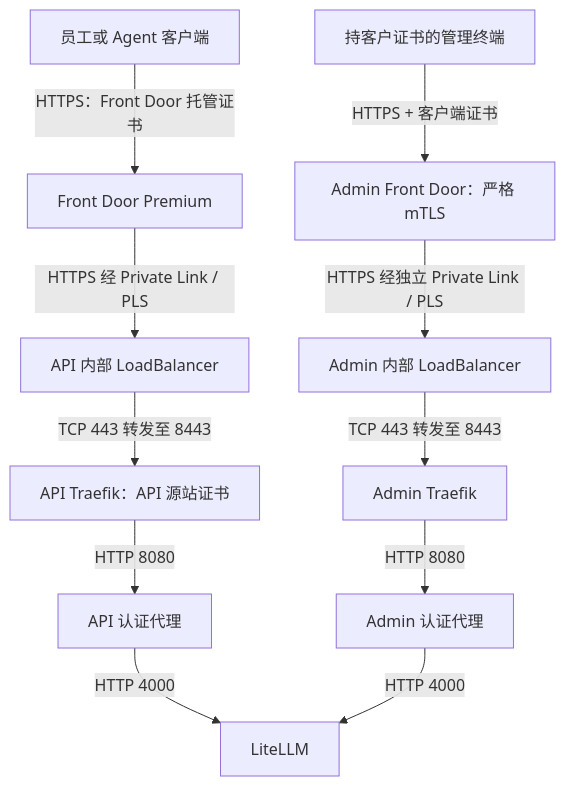
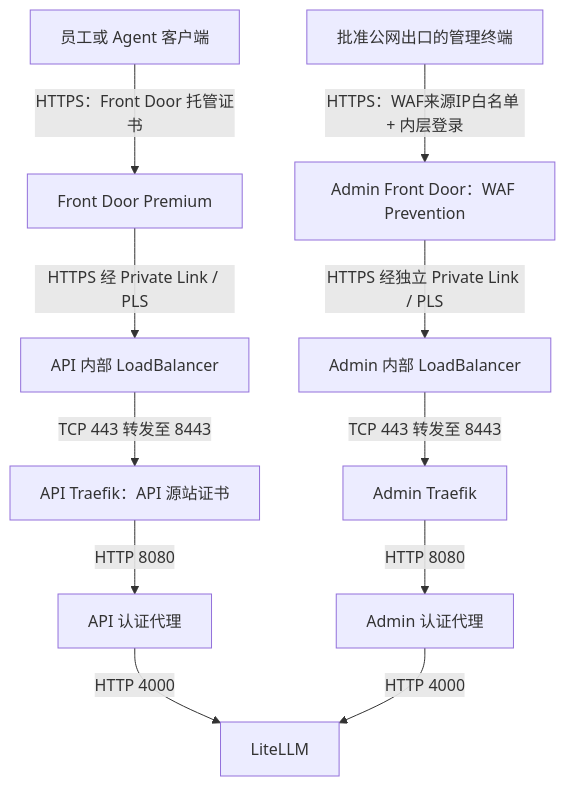
One commit to wukong121/secure-litellm-on-azure changed the first of 2 diagrams in docs/litellm-ingress-tls-certificate-design-zh.md. Above: the diagram before and after it, drawn with Mermaid. The commit also changed other lines of this file and 19 other files, not shown here.

Commit message:
docs(edge): replace Admin mTLS guidance

````diff
--- a/docs/litellm-ingress-tls-certificate-design-zh.md
+++ b/docs/litellm-ingress-tls-certificate-design-zh.md
@@ -42,13 +42,13 @@
 ```mermaid
 flowchart TB
     Client[员工或 Agent 客户端] -->|HTTPS：Front Door 托管证书| FD[Front Door Premium]
     FD -->|HTTPS 经 Private Link / PLS| ApiLB[API 内部 LoadBalancer]
     ApiLB -->|TCP 443 转发至 8443| ApiIngress[API Traefik：API 源站证书]
     ApiIngress -->|HTTP 8080| ApiProxy[API 认证代理]
     ApiProxy -->|HTTP 4000| Backend[LiteLLM]
-    Admin[持客户证书的管理终端] -->|HTTPS + 客户端证书| AdminFD[Admin Front Door：严格 mTLS]
+    Admin[批准公网出口的管理终端] -->|HTTPS：WAF来源IP白名单 + 内层登录| AdminFD[Admin Front Door：WAF Prevention]
     AdminFD -->|HTTPS 经独立 Private Link / PLS| AdminLB[Admin 内部 LoadBalancer]
     AdminLB -->|TCP 443 转发至 8443| AdminIngress[Admin Traefik]
     AdminIngress -->|HTTP 8080| AdminProxy[Admin 认证代理]
     AdminProxy -->|HTTP 4000| Backend
 ```
````
